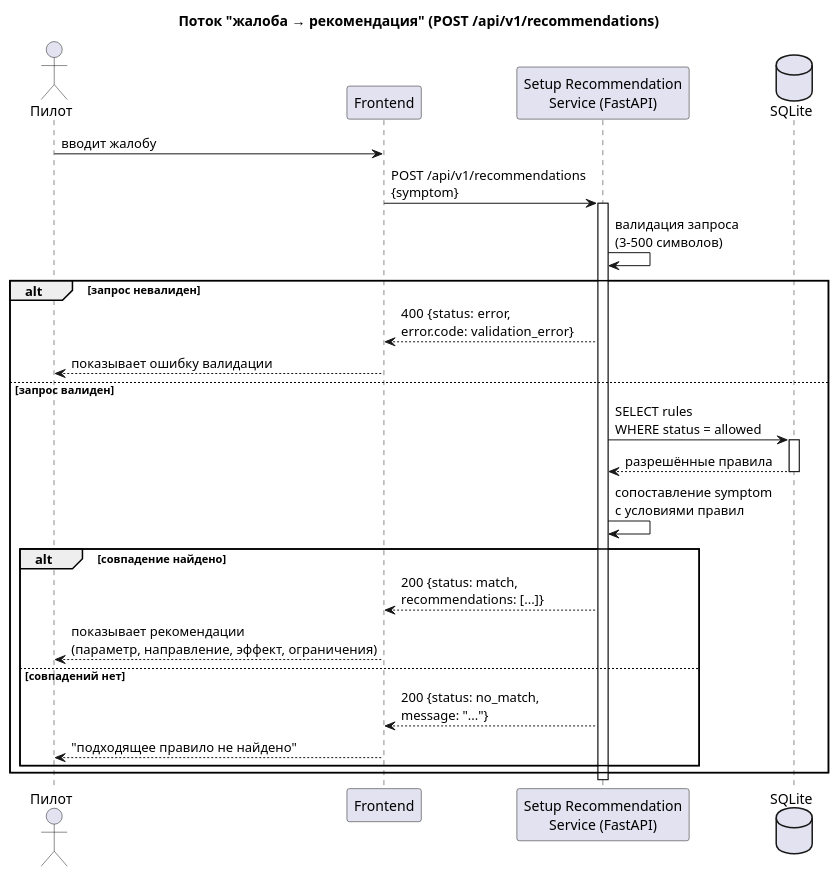
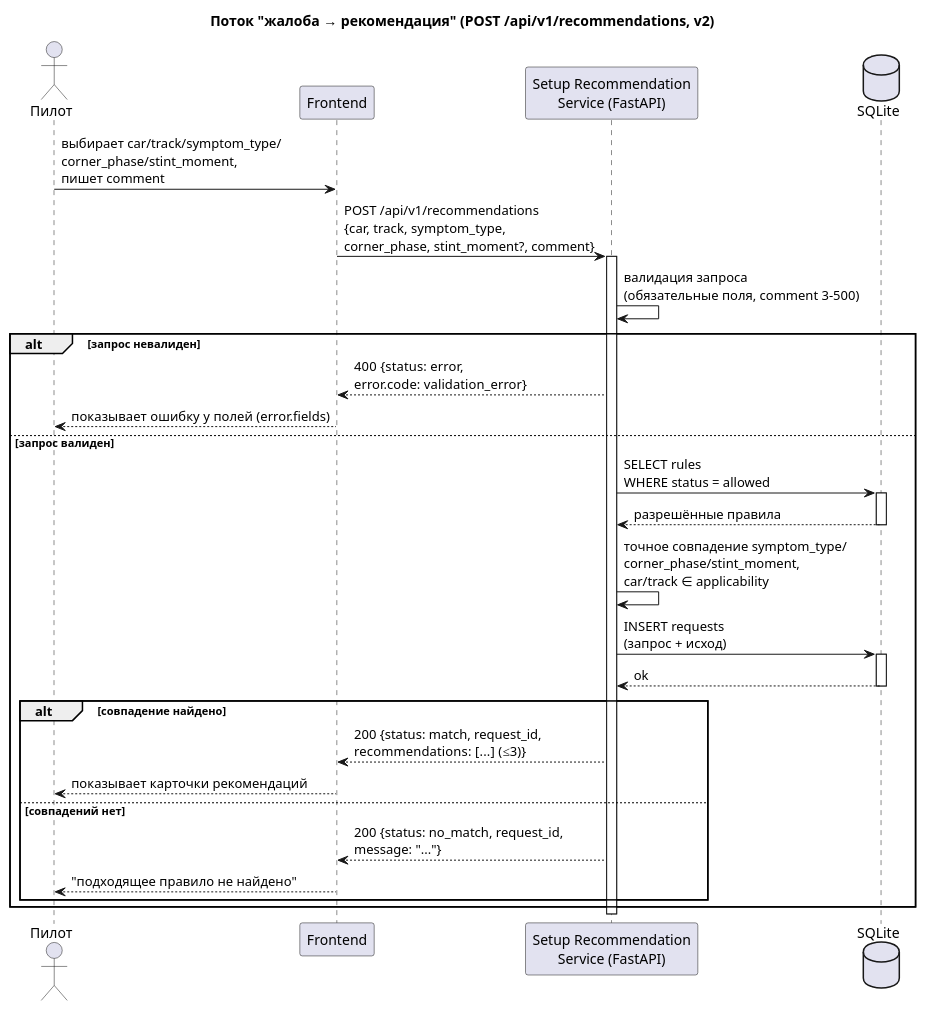
One commit to P0dp1vass/sim_race changed the diagram in docs/diagrams/sequence-recommendations.puml. Above: the diagram before and after it, drawn with PlantUML. The commit also changed 21 other files, not shown here.

```diff
--- a/docs/diagrams/sequence-recommendations.puml
+++ b/docs/diagrams/sequence-recommendations.puml
@@ -1,37 +1,42 @@
 @startuml sequence-recommendations
-title Поток "жалоба → рекомендация" (POST /api/v1/recommendations)
+title Поток "жалоба → рекомендация" (POST /api/v1/recommendations, v2)
 
 actor "Пилот" as pilot
 participant "Frontend" as fe
 participant "Setup Recommendation\nService (FastAPI)" as svc
 database "SQLite" as db
 
-pilot -> fe : вводит жалобу
-fe -> svc : POST /api/v1/recommendations\n{symptom}
+pilot -> fe : выбирает car/track/symptom_type/\ncorner_phase/stint_moment,\nпишет comment
+fe -> svc : POST /api/v1/recommendations\n{car, track, symptom_type,\ncorner_phase, stint_moment?, comment}
 activate svc
 
-svc -> svc : валидация запроса\n(3–500 символов)
+svc -> svc : валидация запроса\n(обязательные поля, comment 3–500)
 
 alt запрос невалиден
     svc --> fe : 400 {status: error,\nerror.code: validation_error}
-    fe --> pilot : показывает ошибку валидации
+    fe --> pilot : показывает ошибку у полей (error.fields)
 else запрос валиден
     svc -> db : SELECT rules\nWHERE status = allowed
     activate db
     db --> svc : разрешённые правила
     deactivate db
 
-    svc -> svc : сопоставление symptom\nс условиями правил
+    svc -> svc : точное совпадение symptom_type/\ncorner_phase/stint_moment,\ncar/track ∈ applicability
+
+    svc -> db : INSERT requests\n(запрос + исход)
+    activate db
+    db --> svc : ok
+    deactivate db
 
     alt совпадение найдено
-        svc --> fe : 200 {status: match,\nrecommendations: [...]}
-        fe --> pilot : показывает рекомендации\n(параметр, направление, эффект, ограничения)
+        svc --> fe : 200 {status: match, request_id,\nrecommendations: [...] (≤3)}
+        fe --> pilot : показывает карточки рекомендаций
     else совпадений нет
-        svc --> fe : 200 {status: no_match,\nmessage: "..."}
+        svc --> fe : 200 {status: no_match, request_id,\nmessage: "..."}
         fe --> pilot : "подходящее правило не найдено"
     end
 end
 
 deactivate svc
 
 @enduml
```
